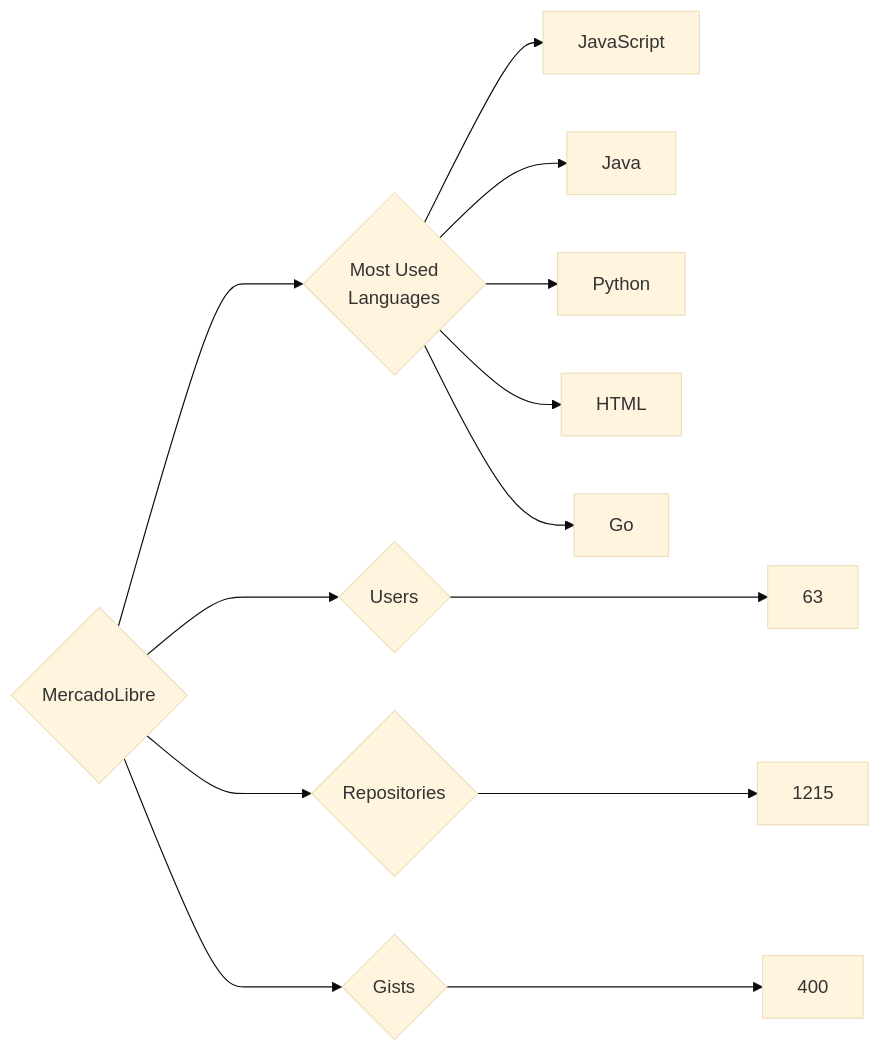
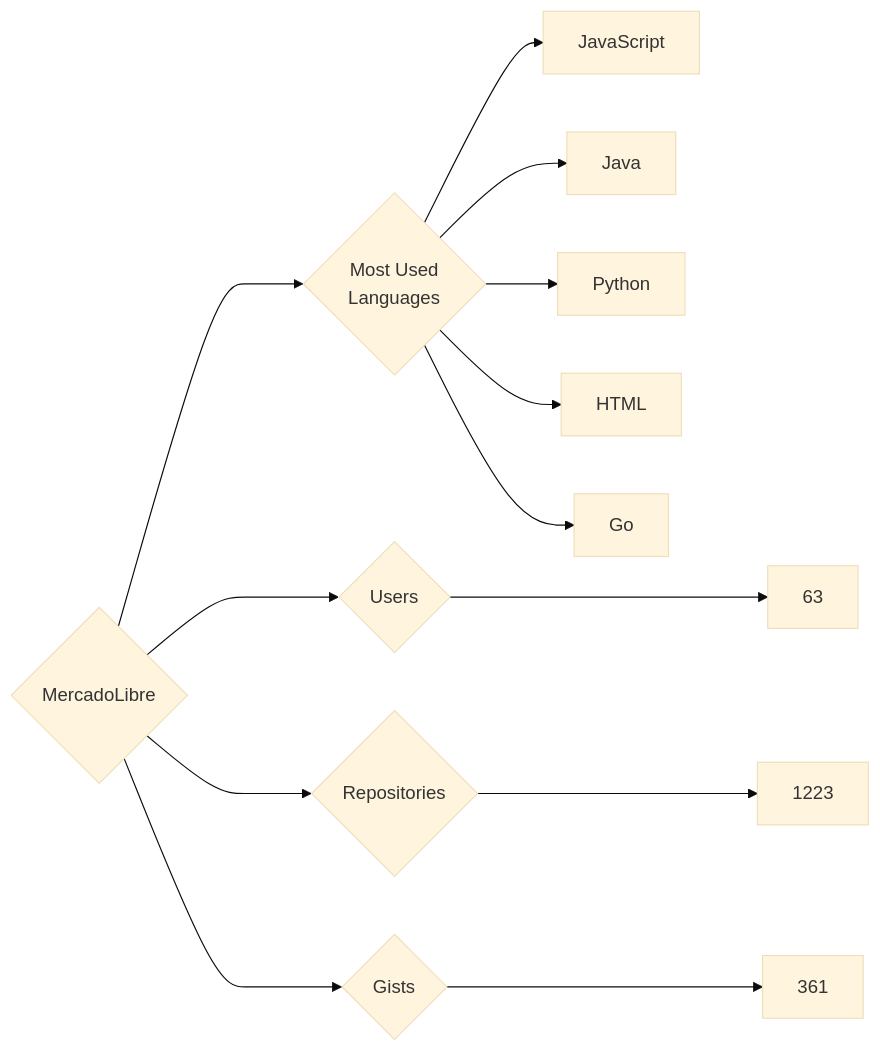
The diagram in targets/MercadoLibre/README.md (trickest/insiders), drawn with Mermaid (base theme) before and after one commit. The commit also changed 833 other files, not shown here.

````diff
--- a/targets/MercadoLibre/README.md
+++ b/targets/MercadoLibre/README.md
@@ -3,13 +3,13 @@
 ```mermaid
 graph LR
 COMPANY_NAME{MercadoLibre}
 COMPANY_NAME ---> U{Users} ---> UN[63]
-COMPANY_NAME ---> R{Repositories} ---> RN[1215]
-COMPANY_NAME ---> G{Gists} ---> GN[400]
+COMPANY_NAME ---> R{Repositories} ---> RN[1223]
+COMPANY_NAME ---> G{Gists} ---> GN[361]
 COMPANY_NAME ---> ML{Most Used<br>Languages}
 ML --> JavaScript[JavaScript]
 ML --> Java[Java]
 ML --> Python[Python]
 ML --> HTML[HTML]
 ML --> Go[Go]
 ```
````
